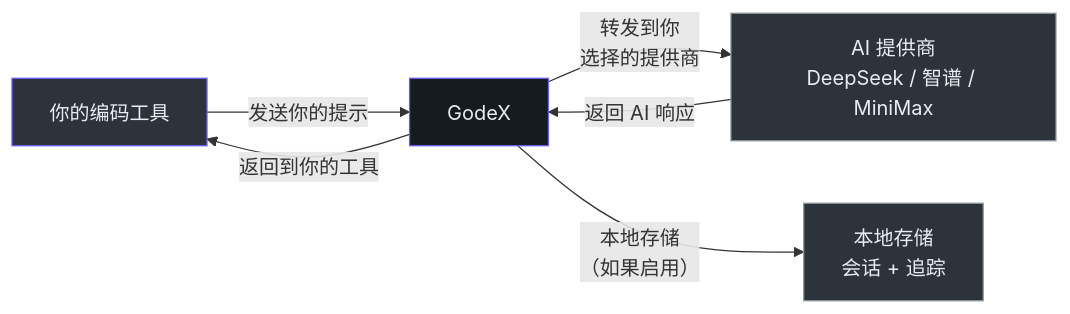
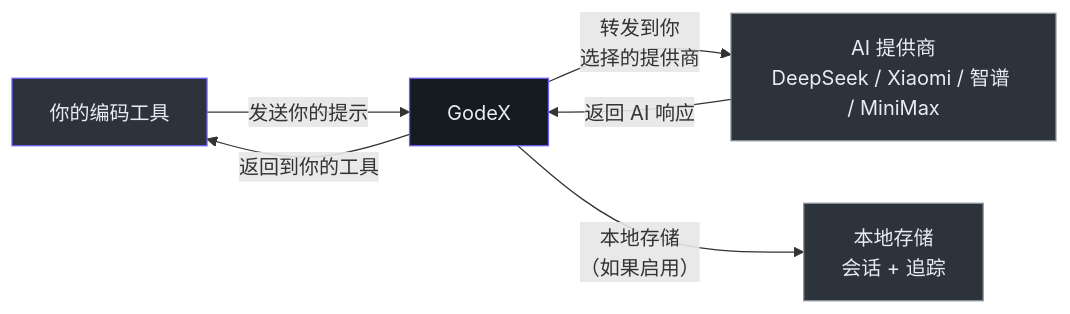
One commit to zamelee/GodeX changed the fifth of 5 diagrams in wiki/zh/onboarding/product-manager-guide.md. Above: the diagram before and after it, drawn with Mermaid. The commit also changed other lines of this file and 32 other files, not shown here.

First line of the commit message:
feat: add Xiaomi MiMo provider support (#127)

````diff
--- a/wiki/zh/onboarding/product-manager-guide.md
+++ b/wiki/zh/onboarding/product-manager-guide.md
@@ -295,14 +298,14 @@
 ```mermaid
 graph LR
   TOOL["你的编码工具"] -->|发送你的提示| GODEX["GodeX"]
-  GODEX -->|转发到你<br>选择的提供商| PROVIDER["AI 提供商<br>DeepSeek / 智谱 / MiniMax"]
+  GODEX -->|转发到你<br>选择的提供商| PROVIDER["AI 提供商<br>DeepSeek / Xiaomi / 智谱 / MiniMax"]
   PROVIDER -->|返回 AI 响应| GODEX
   GODEX -->|返回到你的工具| TOOL
 
   GODEX -->|本地存储<br>（如果启用）| LOCAL["本地存储<br>会话 + 追踪"]
 
   style TOOL fill:#2d333b,stroke:#6d5dfc,color:#e6edf3
   style GODEX fill:#161b22,stroke:#6d5dfc,color:#e6edf3
   style PROVIDER fill:#2d333b,stroke:#8b949e,color:#e6edf3
   style LOCAL fill:#2d333b,stroke:#8b949e,color:#e6edf3
 ```
````
